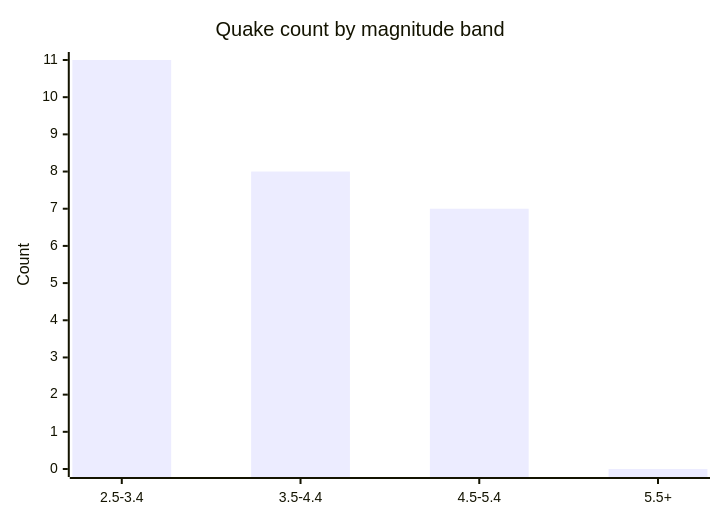
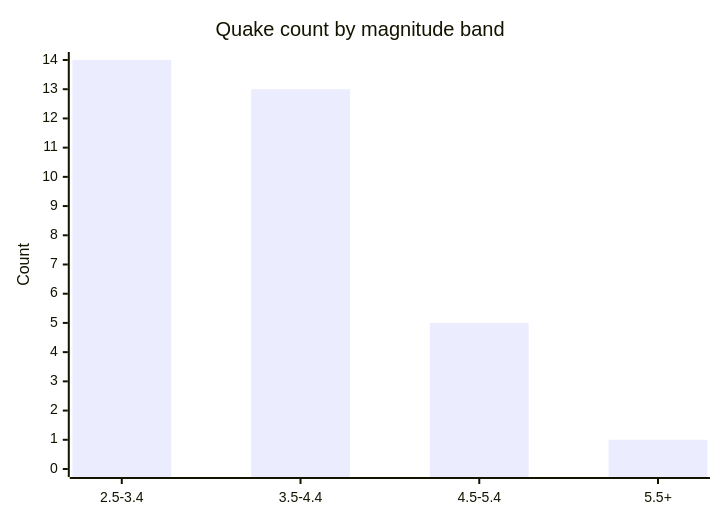
The fifth of 6 diagrams in docs/GRAPHS.md (Midwest-Stratospheric/aerostratospheric-defense-gir), drawn with Mermaid before and after one commit. The commit also changed other lines of this file and 24 other files, not shown here.

````diff
--- a/docs/GRAPHS.md
+++ b/docs/GRAPHS.md
@@ -82,7 +82,7 @@
 ```mermaid
 xychart-beta
   title "Quake count by magnitude band"
   x-axis ["2.5-3.4", "3.5-4.4", "4.5-5.4", "5.5+"]
-  y-axis "Count" 0 --> 11
-  bar [11, 8, 7, 0]
+  y-axis "Count" 0 --> 14
+  bar [14, 13, 5, 1]
 ```
````
